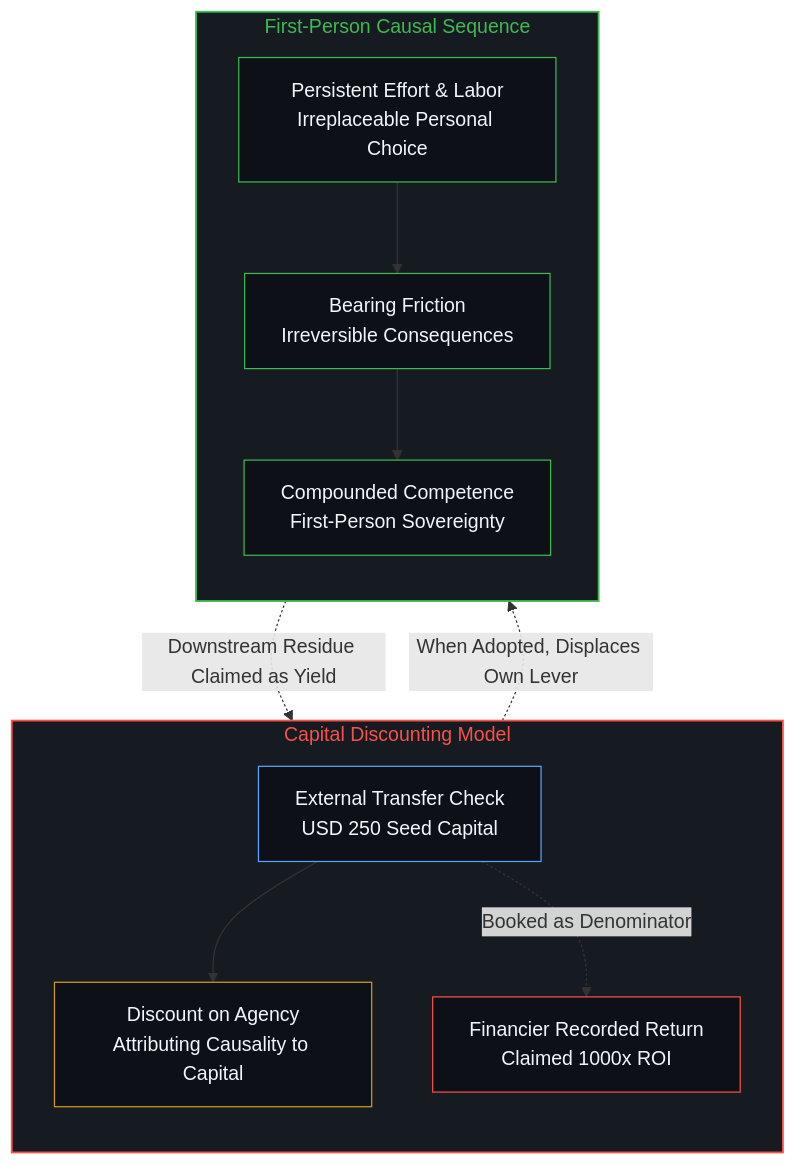
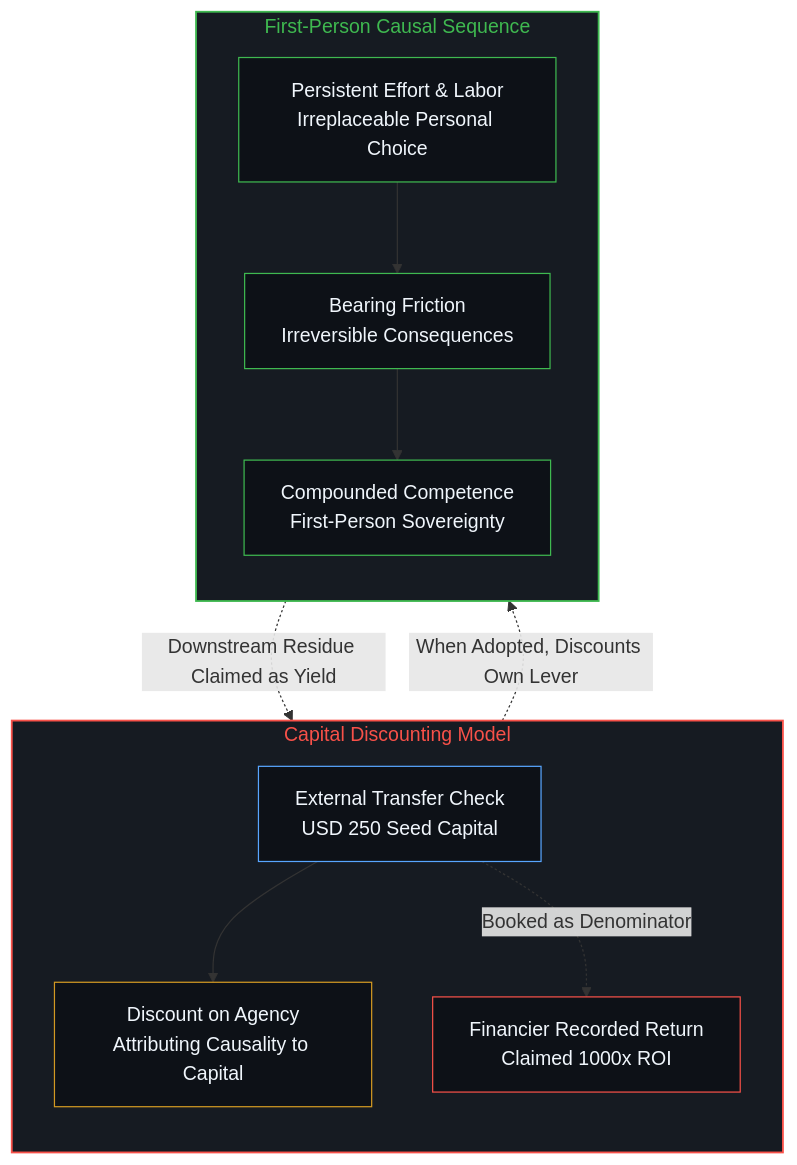
The second of 4 diagrams in content/posts/the-discount-on-agency.md (powerpig99/not-a-toe), drawn with Mermaid before and after one commit. The commit also changed other lines of this file and 2 other files, not shown here.

Commit message:
Consolidate Deep Sleep Batch 24 (lane-agency): remove third-person interior assertions and align diagram labels in receptionist parable and discount-on-agency

````diff
--- a/content/posts/the-discount-on-agency.md
+++ b/content/posts/the-discount-on-agency.md
@@ -48,28 +48,28 @@
 ```mermaid
 flowchart TD
   subgraph S_FIN["Capital Discounting Model"]
     direction TB
     C_IN["External Transfer Check<br/>USD 250 Seed Capital"]
     C_DISC["Discount on Agency<br/>Attributing Causality to Capital"]
     C_RET["Financier Recorded Return<br/>Claimed 1000x ROI"]
   end
   subgraph S_ACT["First-Person Causal Sequence"]
     direction TB
     A_ACT["Persistent Effort & Labor<br/>Irreplaceable Personal Choice"]
     A_FRIC["Bearing Friction<br/>Irreversible Consequences"]
     A_GROW["Compounded Competence<br/>First-Person Sovereignty"]
   end
   C_IN --> C_DISC
   C_IN -.->|"Booked as Denominator"| C_RET
   A_ACT --> A_FRIC --> A_GROW
   A_GROW -.->|"Downstream Residue Claimed as Yield"| C_RET
-  C_DISC -.->|"When Adopted, Displaces Own Lever"| A_ACT
+  C_DISC -.->|"When Adopted, Discounts Own Lever"| A_ACT
   style S_FIN fill:#161b22,stroke:#f85149,stroke-width:1.5px,color:#f85149
   style S_ACT fill:#161b22,stroke:#3fb950,stroke-width:1.5px,color:#3fb950
   style C_IN fill:#0d1117,stroke:#58a6ff,stroke-width:1px,color:#f0f6fc
   style C_RET fill:#0d1117,stroke:#f85149,stroke-width:1px,color:#f0f6fc
   style C_DISC fill:#0d1117,stroke:#d29922,stroke-width:1px,color:#f0f6fc
   style A_ACT fill:#0d1117,stroke:#3fb950,stroke-width:1px,color:#f0f6fc
   style A_FRIC fill:#0d1117,stroke:#3fb950,stroke-width:1px,color:#f0f6fc
   style A_GROW fill:#0d1117,stroke:#3fb950,stroke-width:1px,color:#f0f6fc
 ```
````
